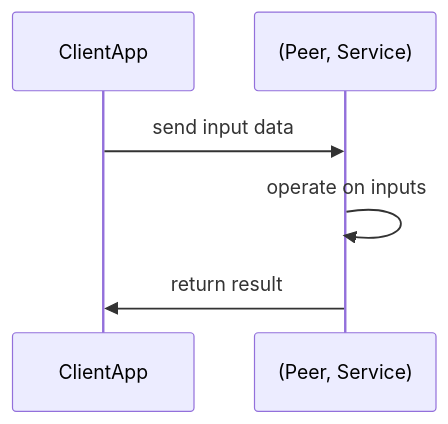
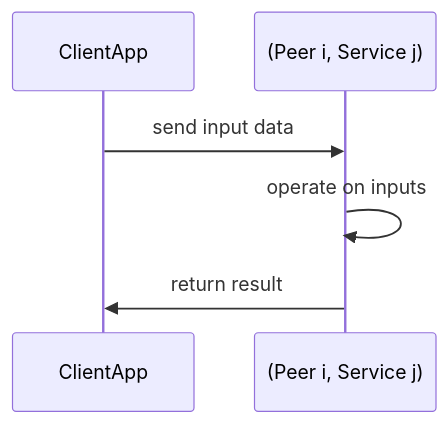
One commit to fluencelabs/devcontainer changed the first of 2 diagrams in tutorial/aqua/quick_start.md. Above: the diagram before and after it, drawn with Mermaid. The commit also changed other lines of this file and 15 other files, not shown here.

````diff
--- a/tutorial/aqua/quick_start.md
+++ b/tutorial/aqua/quick_start.md
@@ -7,9 +7,9 @@
 ```mermaid
   sequenceDiagram
   participant client as ClientApp
-  participant peer as (Peer, Service)
+  participant peer as (Peer i, Service j)
 
   client ->> peer: send input data
   peer ->> peer: operate on inputs
   peer ->> client: return result 
 ```
````
